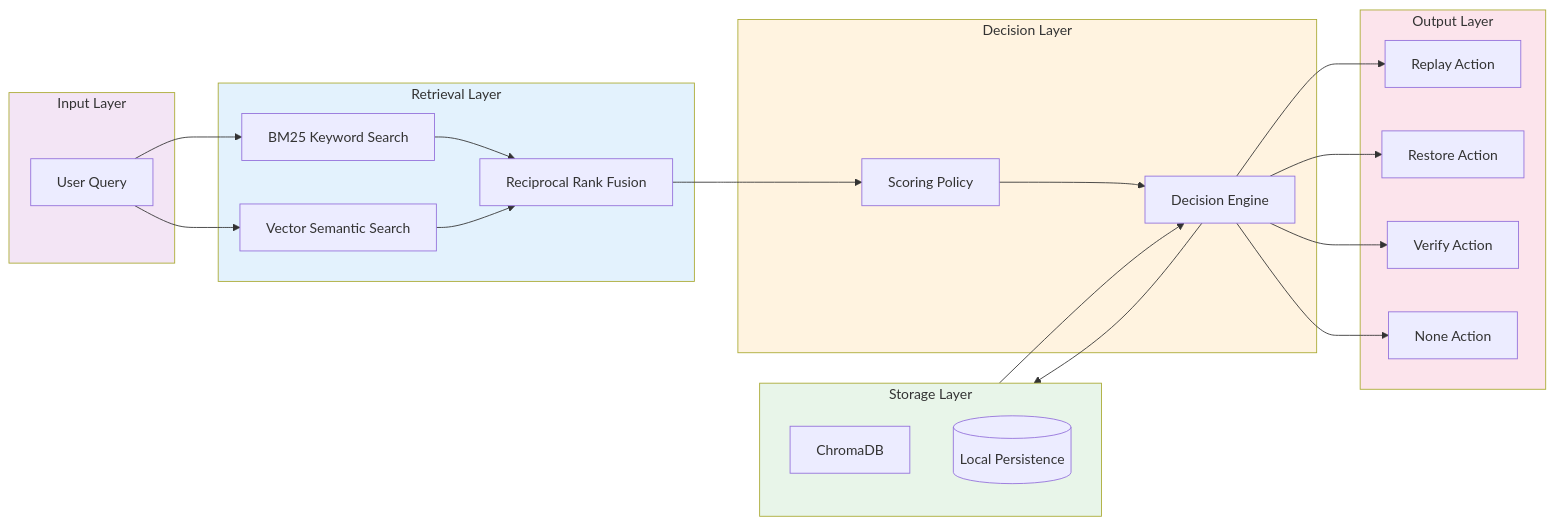
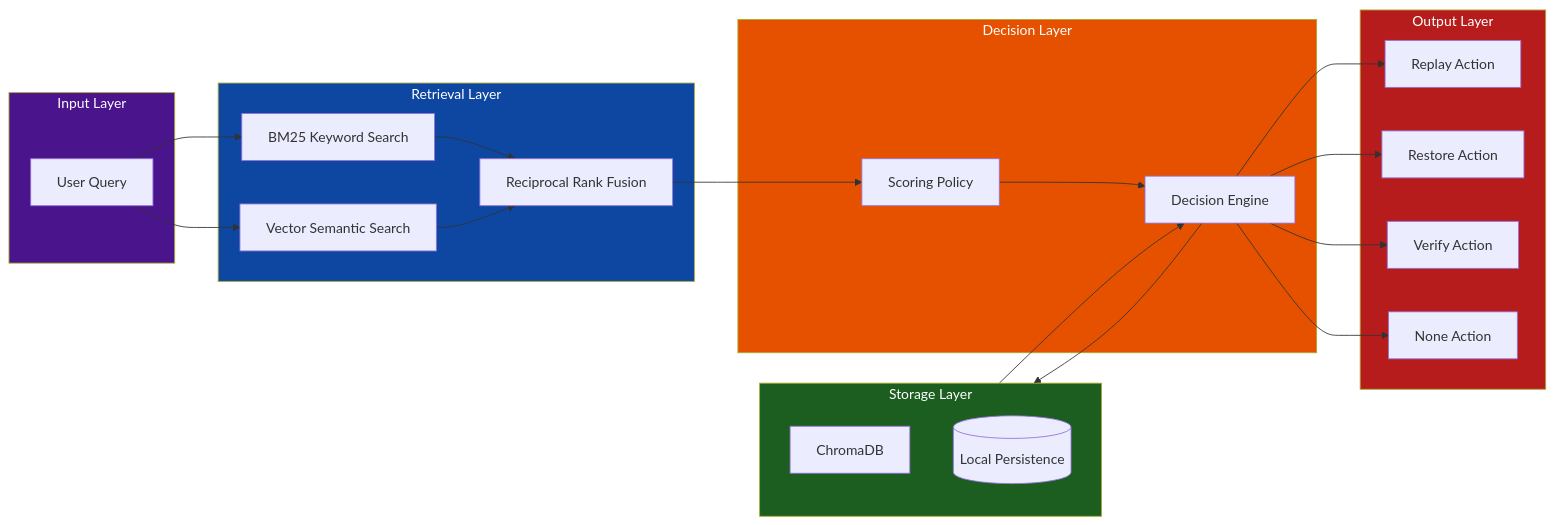
One commit to theprodsde/agent-memory changed the second of 3 diagrams in README.md. Above: the diagram before and after it, drawn with Mermaid. The commit also changed other lines of this file and 1 other file, not shown here.

````diff
--- a/README.md
+++ b/README.md
@@ -51,48 +51,48 @@
 ```mermaid
 flowchart LR
     subgraph Input["Input Layer"]
         Q[User Query]
     end
     
     subgraph Retrieval["Retrieval Layer"]
         BM25[BM25 Keyword Search]
         Vector[Vector Semantic Search]
         Fusion[Reciprocal Rank Fusion]
     end
     
     subgraph Decision["Decision Layer"]
         Policy[Scoring Policy]
         Engine[Decision Engine]
     end
     
     subgraph Storage["Storage Layer"]
         Chroma[ChromaDB]
         DB[(Local Persistence)]
     end
     
     subgraph Output["Output Layer"]
         Replay[Replay Action]
         Restore[Restore Action]
         Verify[Verify Action]
         None[None Action]
     end
     
     Q --> BM25
     Q --> Vector
     BM25 --> Fusion
     Vector --> Fusion
     Fusion --> Policy
     Policy --> Engine
     Engine --> Storage
     Storage --> Engine
     Engine --> Replay
     Engine --> Restore
     Engine --> Verify
     Engine --> None
     
-    style Input fill:#f3e5f5
-    style Retrieval fill:#e3f2fd
-    style Decision fill:#fff3e0
-    style Storage fill:#e8f5e9
-    style Output fill:#fce4ec
+    style Input fill:#4a148c,color:#ffffff
+    style Retrieval fill:#0d47a1,color:#ffffff
+    style Decision fill:#e65100,color:#ffffff
+    style Storage fill:#1b5e20,color:#ffffff
+    style Output fill:#b71c1c,color:#ffffff
 ```
````
